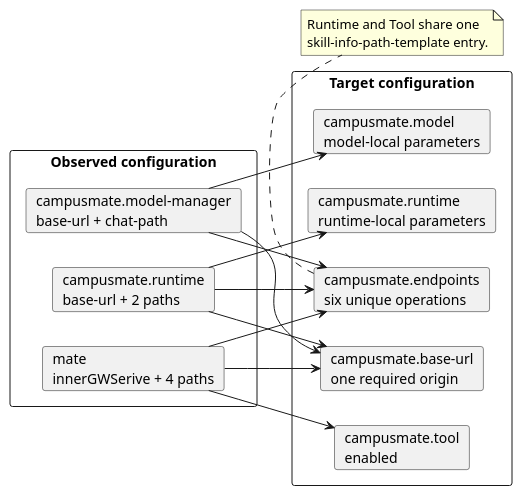
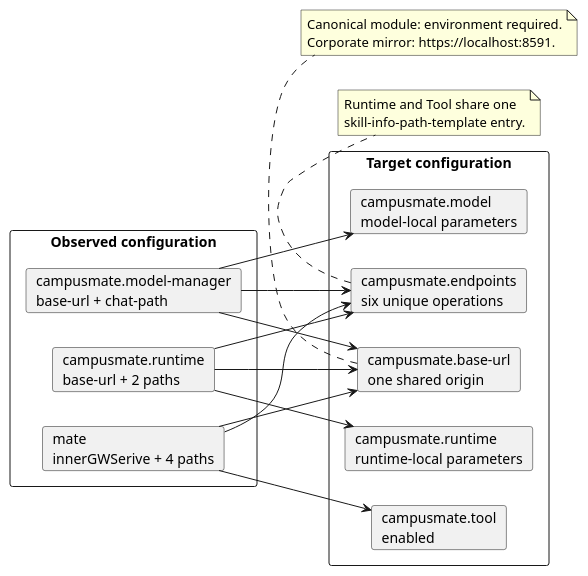
The second of 2 diagrams in docs/designs/campusmate-shared-config/diagram.puml (2862282695gjh-afk/pi-mono-java), drawn with PlantUML before and after one commit. The commit also changed other lines of this file and 11 other files, not shown here.

```diff
--- a/docs/designs/campusmate-shared-config/diagram.puml
+++ b/docs/designs/campusmate-shared-config/diagram.puml
@@ -49,36 +52,42 @@
 @startuml configuration_key_migration
 ' Source evidence: application.yml lines 89-140 at 56be8eee59415a5f86658d6635a7b7e8891263d3.
+' Product constraint: campusclaw/src/main/resources/application.properties supplies the corporate mirror default after 2cb1661f.
 ' Design reason: mate and campusmate identify the same downstream service.
 ' Design reason: Runtime and Tool consumed the same Skill query operation through duplicate keys.
 skinparam shadowing false
 left to right direction
 
 rectangle "Observed configuration" as old {
   card "campusmate.model-manager\nbase-url + chat-path" as old_model
   card "campusmate.runtime\nbase-url + 2 paths" as old_runtime
   card "mate\ninnerGWSerive + 4 paths" as old_tool
 }
 
 rectangle "Target configuration" as target {
-  card "campusmate.base-url\none required origin" as new_base
+  card "campusmate.base-url\none shared origin" as new_base
   card "campusmate.endpoints\nsix unique operations" as new_endpoints
   card "campusmate.model\nmodel-local parameters" as new_model
   card "campusmate.runtime\nruntime-local parameters" as new_runtime
   card "campusmate.tool\nenabled" as new_tool
 }
 
 old_model --> new_base
 old_runtime --> new_base
 old_tool --> new_base
 old_model --> new_endpoints
 old_runtime --> new_endpoints
 old_tool --> new_endpoints
 old_model --> new_model
 old_runtime --> new_runtime
 old_tool --> new_tool
 
 note bottom of new_endpoints
   Runtime and Tool share one
   skill-info-path-template entry.
 end note
+
+note bottom of new_base
+  Canonical module: environment required.
+  Corporate mirror: https://localhost:8591.
+end note
 @enduml
```
